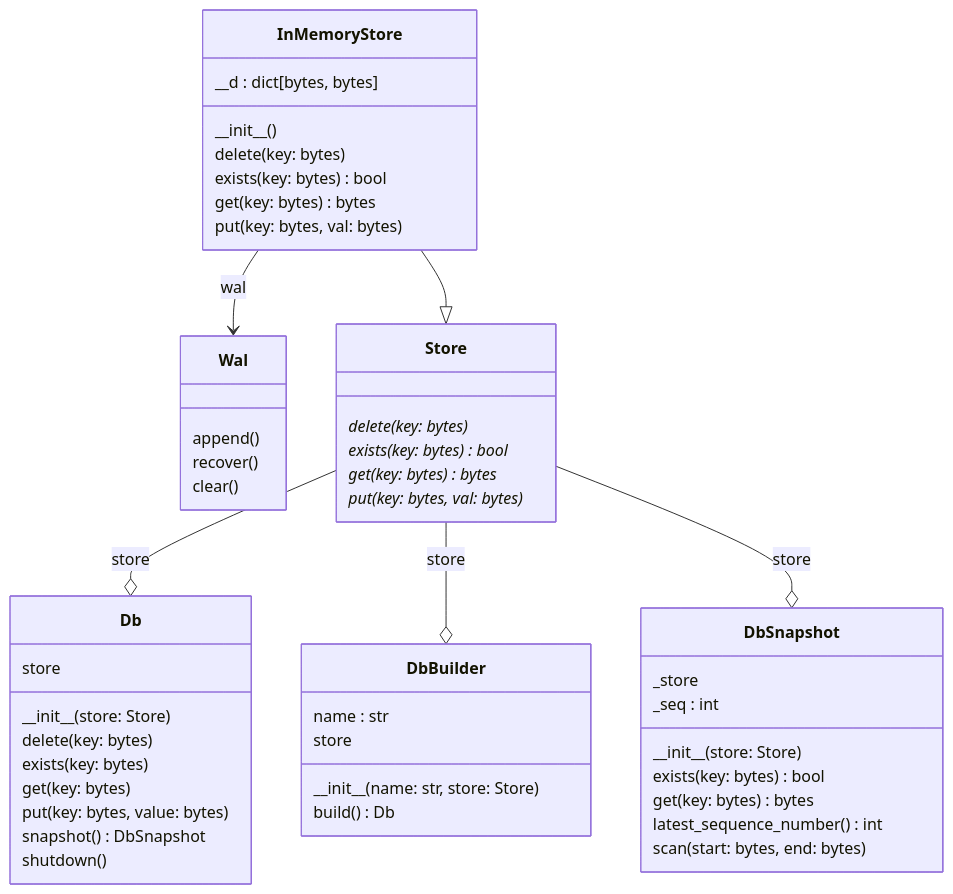
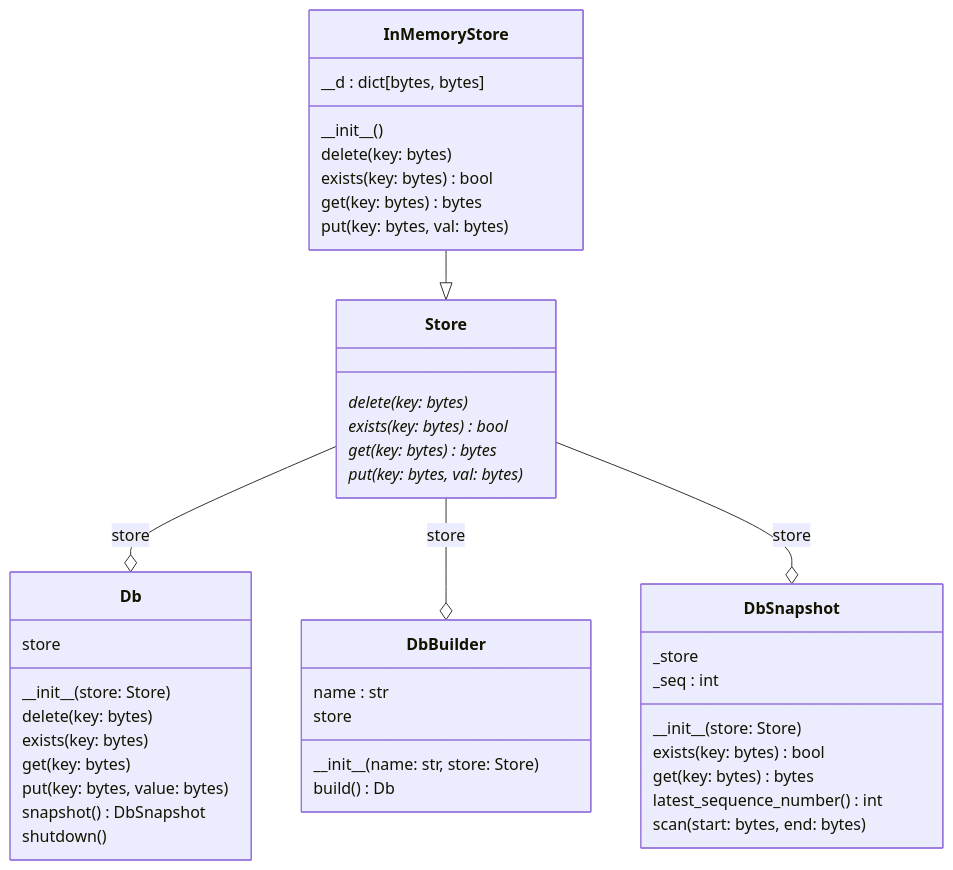
One commit to ShikoteiCoding/cailloudb changed the diagram in README.md. Above: the diagram before and after it, drawn with Mermaid. The commit also changed other lines of this file and 7 other files, not shown here.

````diff
--- a/README.md
+++ b/README.md
@@ -42,52 +42,46 @@
 ```mermaid
 classDiagram
   class Db {
     store
     \_\_init\_\_(store: Store)
     delete(key: bytes)
     exists(key: bytes)
     get(key: bytes)
     put(key: bytes, value: bytes)
     snapshot() DbSnapshot
     shutdown()
   }
   class DbBuilder {
     name : str
     store
     \_\_init\_\_(name: str, store: Store)
     build() Db
   }
   class DbSnapshot {
     \_store
     \_seq : int
     \_\_init\_\_(store: Store)
     exists(key: bytes) bool
     get(key: bytes) bytes
     latest_sequence_number() int
     scan(start: bytes, end: bytes)
   }
   class InMemoryStore {
     \_\_d : dict[bytes, bytes]
     \_\_init\_\_()
     delete(key: bytes)
     exists(key: bytes) bool
     get(key: bytes) bytes
     put(key: bytes, val: bytes)
   }
-  class Wal {
-    append()
-    recover()
-    clear()
-  }
   class Store {
     delete(key: bytes)*
     exists(key: bytes)* bool
     get(key: bytes)* bytes
     put(key: bytes, val: bytes)*
   }
   InMemoryStore --|> Store
-  InMemoryStore --> Wal : wal
   Store --o Db : store
   Store --o DbBuilder : store
   Store --o DbSnapshot : store
 ```
````
